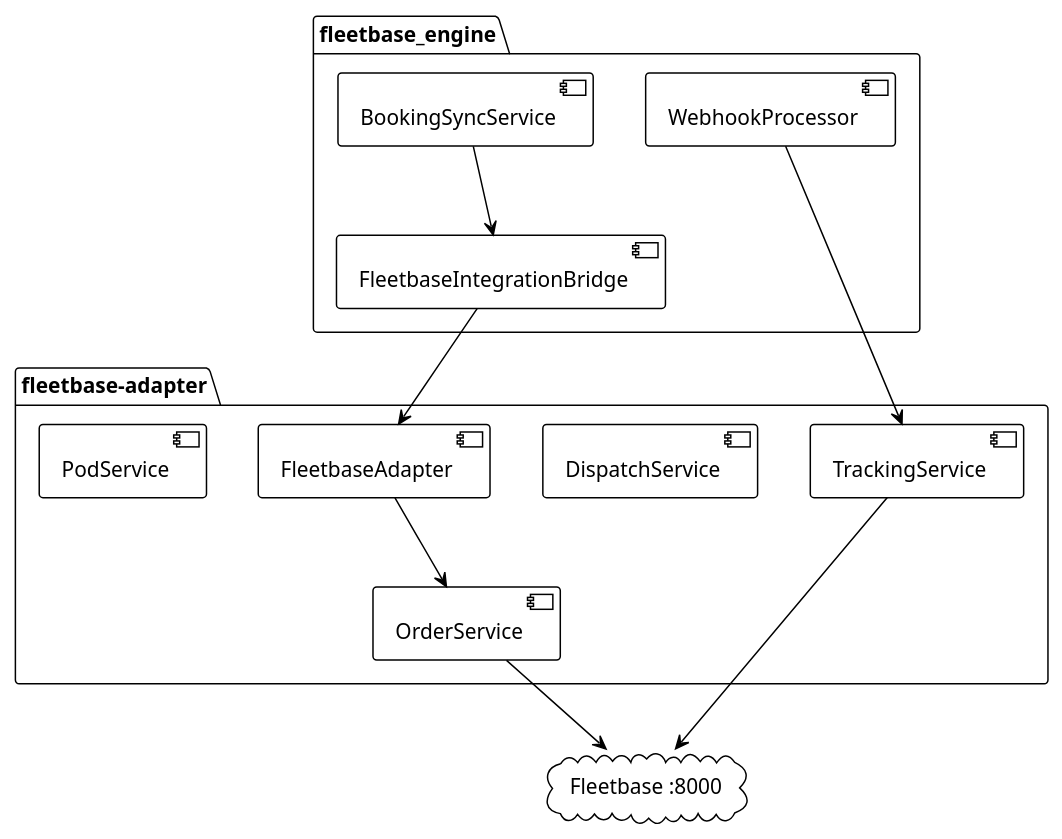
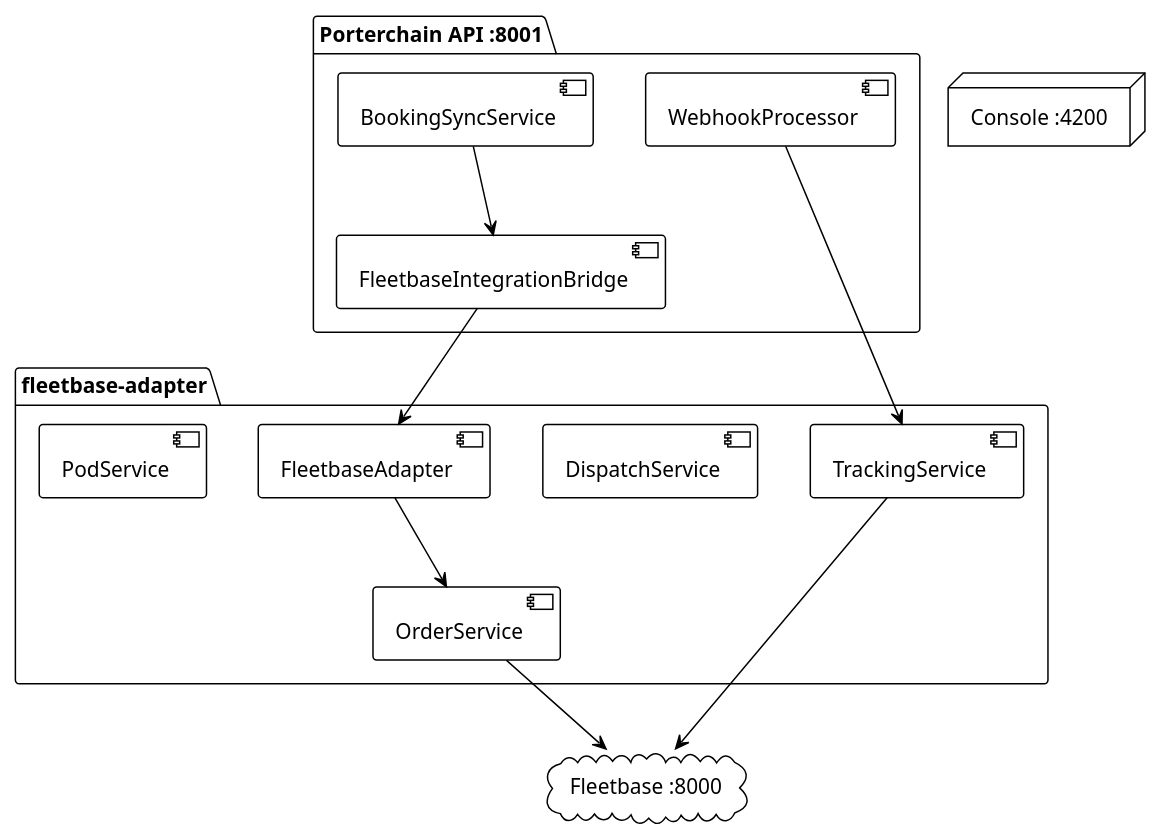
The diagram in docs/architecture/plantuml/fleetbase_flow.puml (PORTERCHAIN-INC/PCD), drawn with PlantUML before and after one commit. The commit also changed 453 other files, not shown here.

```diff
--- a/docs/architecture/plantuml/fleetbase_flow.puml
+++ b/docs/architecture/plantuml/fleetbase_flow.puml
@@ -1,23 +1,24 @@
 @startuml fleetbase_flow
 !theme plain
-package "fleetbase_engine" {
+package "Porterchain API :8001" {
   [BookingSyncService]
   [WebhookProcessor]
   [FleetbaseIntegrationBridge]
 }
 package "fleetbase-adapter" {
   [FleetbaseAdapter]
   [OrderService]
   [DispatchService]
   [TrackingService]
   [PodService]
 }
 cloud "Fleetbase :8000" as FB
+node "Console :4200" as CON
 
 [BookingSyncService] --> [FleetbaseIntegrationBridge]
 [FleetbaseIntegrationBridge] --> [FleetbaseAdapter]
 [FleetbaseAdapter] --> [OrderService]
 [OrderService] --> FB
 [WebhookProcessor] --> [TrackingService]
 [TrackingService] --> FB
 @enduml
```
